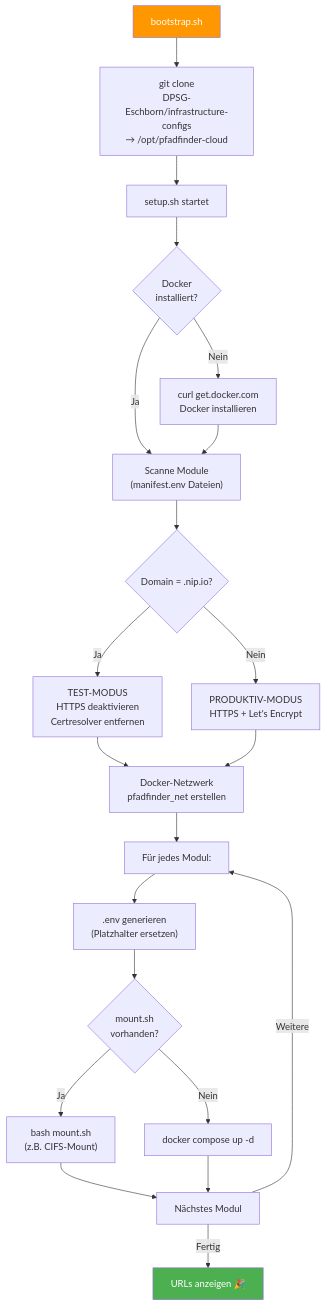
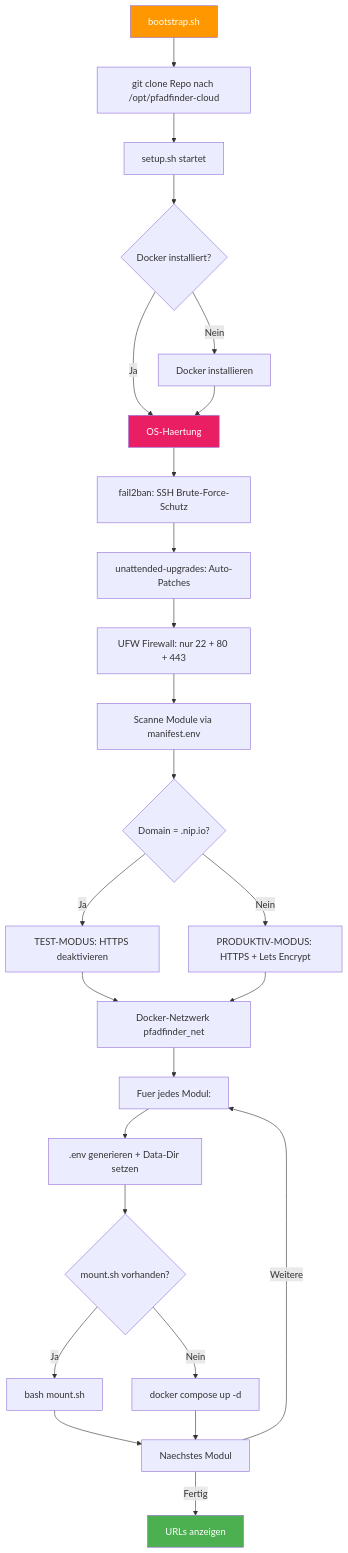
One commit to DPSG-Eschborn/infrastructure-configs changed the fifth of 6 diagrams in docs/architektur-uebersicht.md. Above: the diagram before and after it, drawn with Mermaid. The commit also changed other lines of this file, not shown here.

Commit message:
docs: updated architecture docs

````diff
--- a/docs/architektur-uebersicht.md
+++ b/docs/architektur-uebersicht.md
@@ -189,36 +209,43 @@
 ```mermaid
 flowchart TD
-    BS["bootstrap.sh"] --> GIT["git clone\nDPSG-Eschborn/infrastructure-configs\n→ /opt/pfadfinder-cloud"]
+    BS["bootstrap.sh"] --> GIT["git clone Repo nach /opt/pfadfinder-cloud"]
     GIT --> SETUP["setup.sh startet"]
-    
-    SETUP --> DOCKER_INSTALL{"Docker\ninstalliert?"}
-    DOCKER_INSTALL -->|Nein| INSTALL["curl get.docker.com\nDocker installieren"]
-    DOCKER_INSTALL -->|Ja| SCAN
-    INSTALL --> SCAN
-    
-    SCAN["Scanne Module\n(manifest.env Dateien)"]
-    
+
+    SETUP --> DOCKER_INSTALL{"Docker installiert?"}
+    DOCKER_INSTALL -->|"Nein"| INSTALL["Docker installieren"]
+    DOCKER_INSTALL -->|"Ja"| HARDEN
+    INSTALL --> HARDEN
+
+    HARDEN["OS-Haertung"]
+
+    HARDEN --> F2B["fail2ban: SSH Brute-Force-Schutz"]
+    F2B --> UPG["unattended-upgrades: Auto-Patches"]
+    UPG --> UFW["UFW Firewall: nur 22 + 80 + 443"]
+
+    UFW --> SCAN["Scanne Module via manifest.env"]
+
     SCAN --> TEST{"Domain = .nip.io?"}
-    TEST -->|Ja| HTTP["TEST-MODUS\nHTTPS deaktivieren\nCertresolver entfernen"]
-    TEST -->|Nein| HTTPS["PRODUKTIV-MODUS\nHTTPS + Let's Encrypt"]
-    
+    TEST -->|"Ja"| HTTP["TEST-MODUS: HTTPS deaktivieren"]
+    TEST -->|"Nein"| HTTPS["PRODUKTIV-MODUS: HTTPS + Lets Encrypt"]
+
     HTTP --> NET
     HTTPS --> NET
-    
-    NET["Docker-Netzwerk\npfadfinder_net erstellen"]
-    
-    NET --> LOOP["Für jedes Modul:"]
-    
-    LOOP --> ENV_GEN[".env generieren\n(Platzhalter ersetzen)"]
-    ENV_GEN --> TYPE{"mount.sh\nvorhanden?"}
-    TYPE -->|Ja| MOUNT["bash mount.sh\n(z.B. CIFS-Mount)"]
-    TYPE -->|Nein| COMPOSE["docker compose up -d"]
-    
-    MOUNT --> NEXT["Nächstes Modul"]
+
+    NET["Docker-Netzwerk pfadfinder_net"]
+
+    NET --> LOOP["Fuer jedes Modul:"]
+
+    LOOP --> ENV_GEN[".env generieren + Data-Dir setzen"]
+    ENV_GEN --> TYPE{"mount.sh vorhanden?"}
+    TYPE -->|"Ja"| MOUNT["bash mount.sh"]
+    TYPE -->|"Nein"| COMPOSE["docker compose up -d"]
+
+    MOUNT --> NEXT["Naechstes Modul"]
     COMPOSE --> NEXT
-    NEXT -->|Weitere| LOOP
-    NEXT -->|Fertig| URLS["URLs anzeigen 🎉"]
-    
+    NEXT -->|"Weitere"| LOOP
+    NEXT -->|"Fertig"| URLS["URLs anzeigen"]
+
     style BS fill:#FF9800,color:white
+    style HARDEN fill:#E91E63,color:white
     style URLS fill:#4CAF50,color:white
 ```
````
